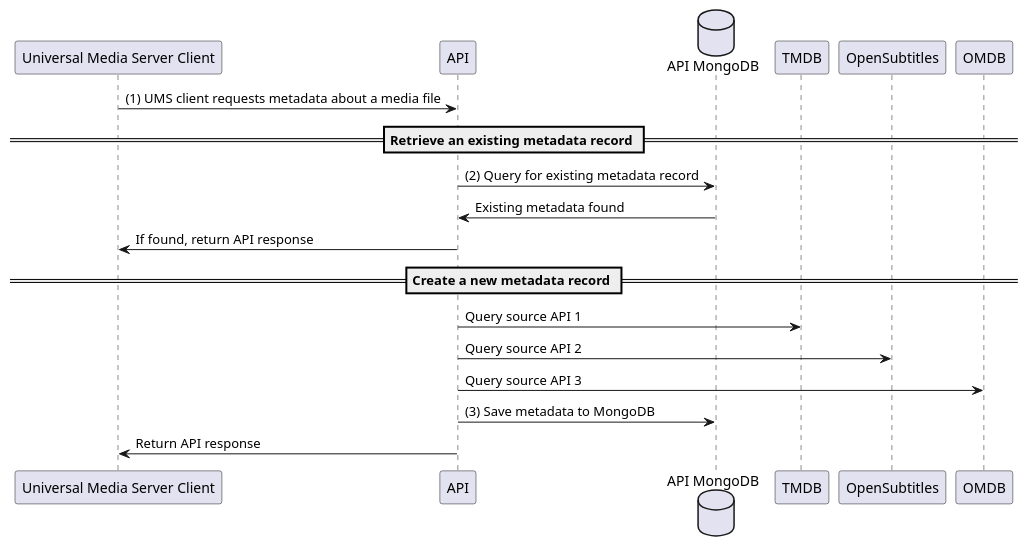
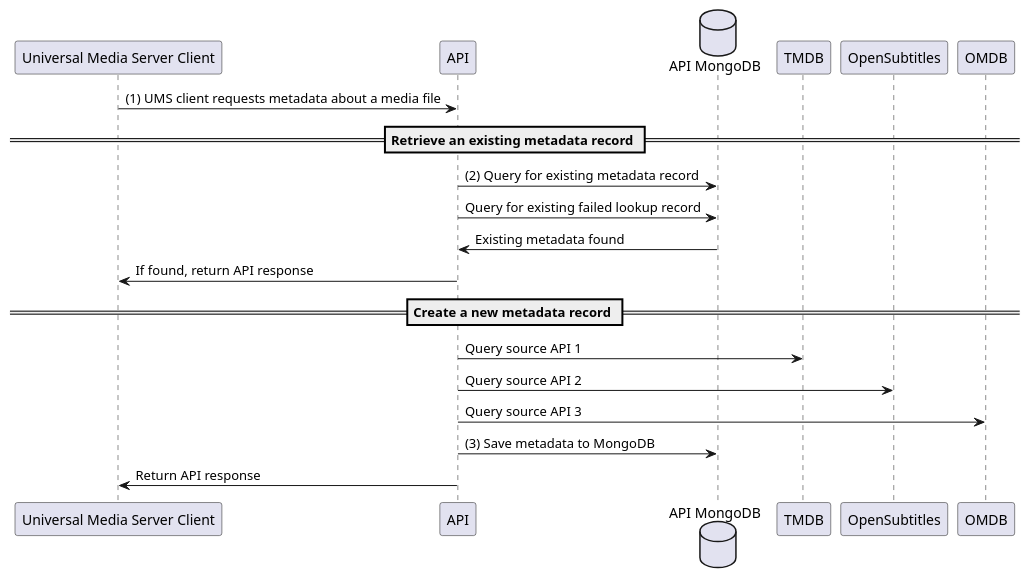
Before and after one commit to UniversalMediaServer/api: the diagram in sequence.puml, drawn with PlantUML.

```diff
--- a/sequence.puml
+++ b/sequence.puml
@@ -1,24 +1,25 @@
 @startuml
 participant "Universal Media Server Client"
 participant "API"
 database "API MongoDB"
 
 "Universal Media Server Client" -> API: (1) UMS client requests metadata about a media file
 
 == Retrieve an existing metadata record ==
 
 API -> "API MongoDB": (2) Query for existing metadata record
+API -> "API MongoDB": Query for existing failed lookup record
 "API MongoDB" -> API: Existing metadata found
 API -> "Universal Media Server Client": If found, return API response
 
 == Create a new metadata record ==
 
 API -> TMDB : Query source API 1
 API -> OpenSubtitles : Query source API 2
 API -> OMDB : Query source API 3
 
 API -> "API MongoDB": (3) Save metadata to MongoDB
 
 API -> "Universal Media Server Client": Return API response
 
 @enduml
```
